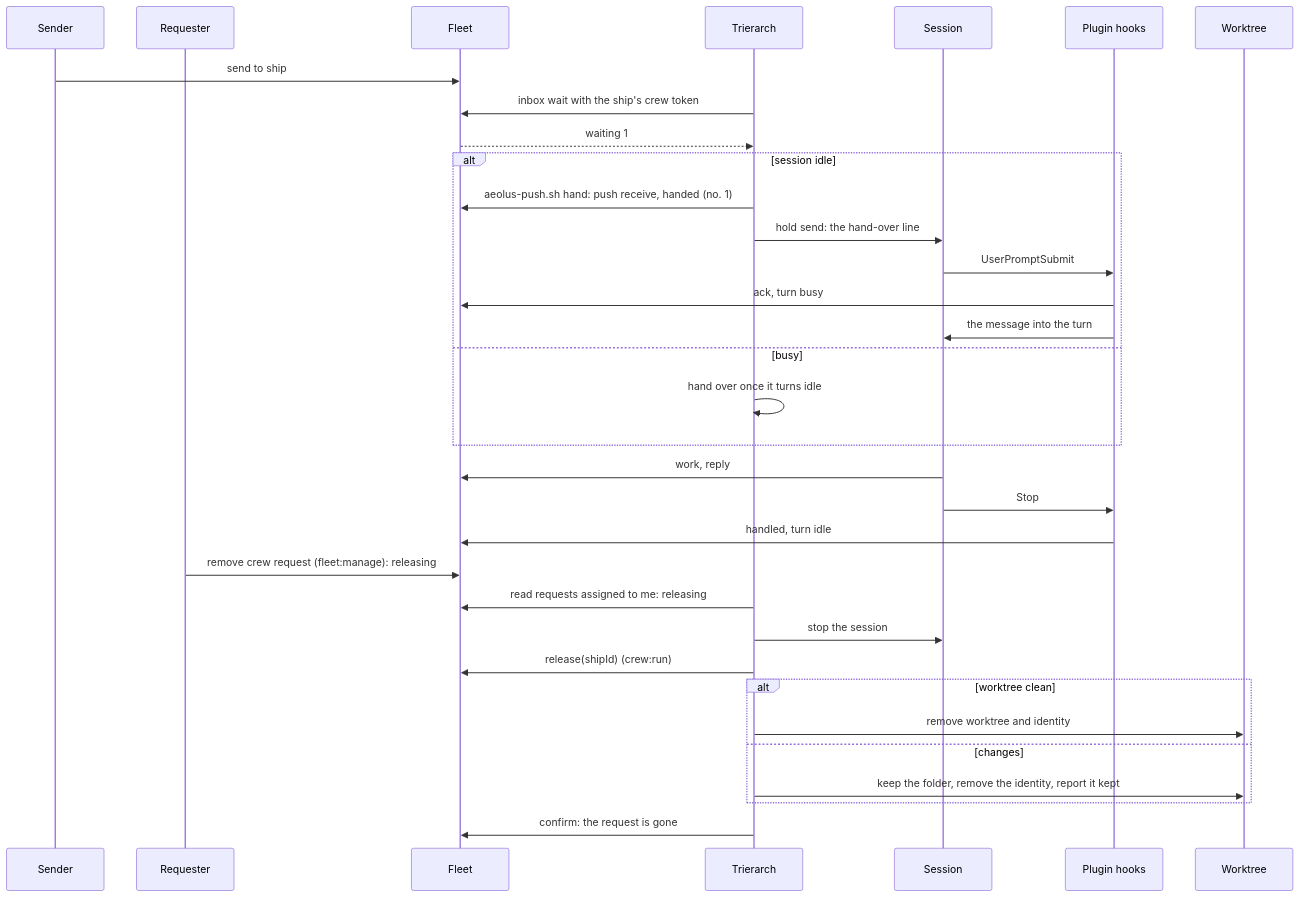
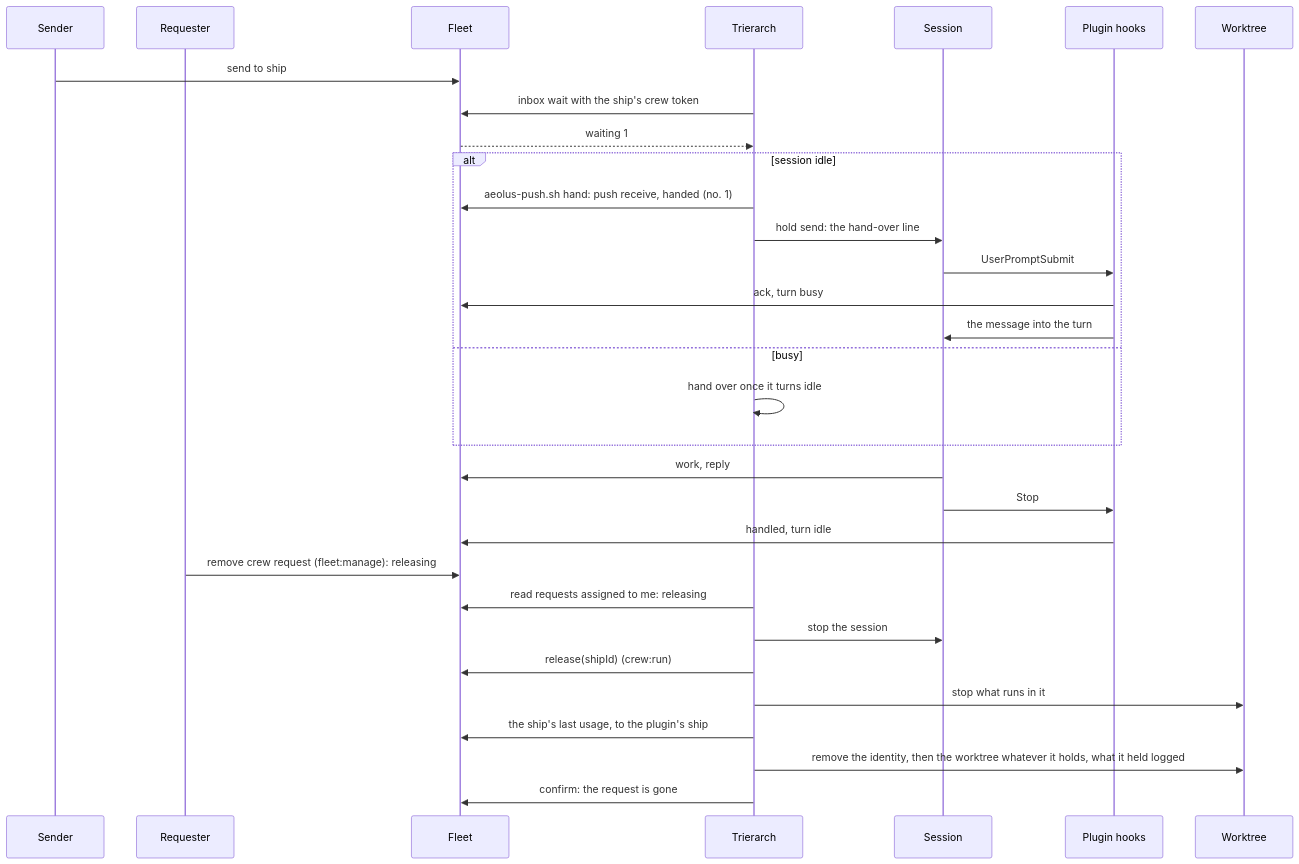
Before and after one commit to ThomasHendrickx/aeolus-fleet-trierarch: the fourth of 5 diagrams in docs/architecture.md, drawn with Mermaid. The commit also changed other lines of this file and 1 other file, not shown here.

Commit message:
docs(trierarch): every folder under the root no crewed ship uses goes, nothing kept, as current state
Gap rules 1 to 3, lifecycle row 9, the report example and the clone's
Session runtime text say every folder under the root no crewed ship uses
goes whatever it is or holds, and a clear request is confirmed not-kept;
architecture.md's ports, state and release diagram say the same.

Refs #90

````diff
--- a/docs/architecture.md
+++ b/docs/architecture.md
@@ -130,35 +130,33 @@
 ```mermaid
 sequenceDiagram
   participant S as Sender
   participant R as Requester
   participant F as Fleet
   participant T as Trierarch
   participant X as Session
   participant H as Plugin hooks
   participant W as Worktree
   S->>F: send to ship
   T->>F: inbox wait with the ship's crew token
   F-->>T: waiting 1
   alt session idle
     T->>F: aeolus-push.sh hand: push receive, handed (no. 1)
     T->>X: hold send: the hand-over line
     X->>H: UserPromptSubmit
     H->>F: ack, turn busy
     H->>X: the message into the turn
   else busy
     T->>T: hand over once it turns idle
   end
   X->>F: work, reply
   X->>H: Stop
   H->>F: handled, turn idle
   R->>F: remove crew request (fleet:manage): releasing
   T->>F: read requests assigned to me: releasing
   T->>X: stop the session
   T->>F: release(shipId) (crew:run)
-  alt worktree clean
-    T->>W: remove worktree and identity
-  else changes
-    T->>W: keep the folder, remove the identity, report it kept
-  end
+  T->>W: stop what runs in it
+  T->>F: the ship's last usage, to the plugin's ship
+  T->>W: remove the identity, then the worktree whatever it holds, what it held logged
   T->>F: confirm: the request is gone
 ```
````
